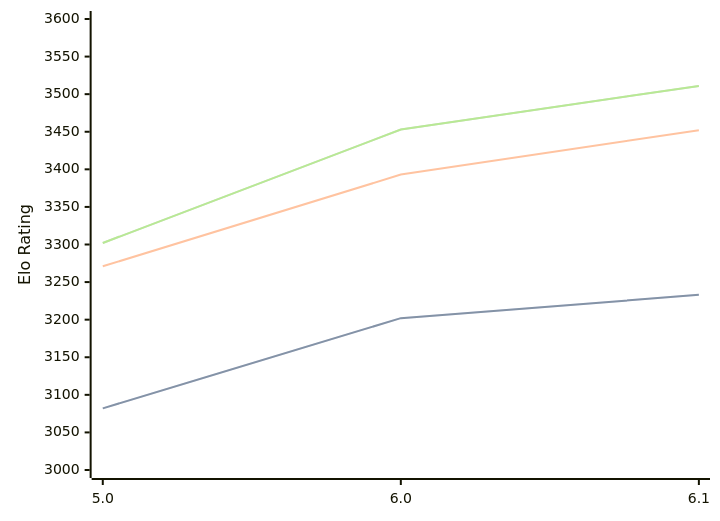
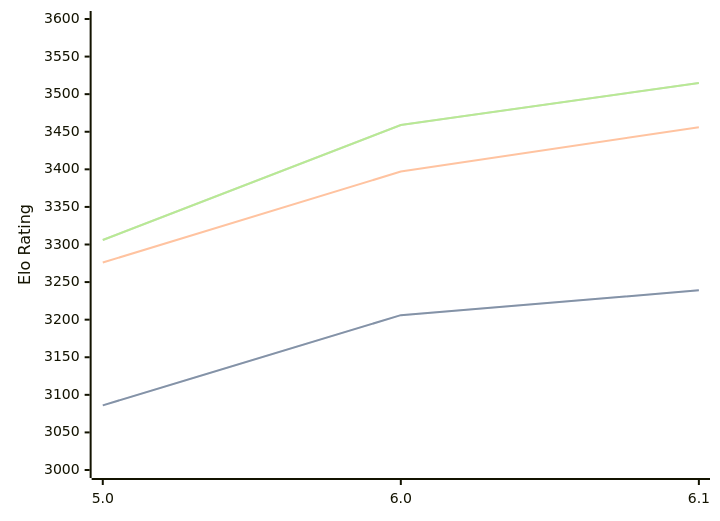
Before and after one commit to computer-chess-index/cci: the diagram in engines/PZChessBot.md, drawn with Mermaid. The commit also changed other lines of this file, not shown here.

Commit message:
Update CCI Ratings (ELO VLTC) - 2026-04-18

````diff
--- a/engines/PZChessBot.md
+++ b/engines/PZChessBot.md
@@ -42,11 +42,11 @@
 ```mermaid
 %%{init: {"theme":"base","themeVariables":{"seriesColors:['#a3a3a3','#222221','#faa371']}}}%%
 xychart-beta
   x-axis ["5.0", "6.0", "6.1"]
   y-axis "Elo Rating" 3000 --> 3600
-  line "STC (8.0+0.08s)" [3082, 3202, 3233]
-  line "STC (8.0+0.08s)" [3082, 3202, 3233]
-  line "LTC (60.0+0.60s)" [3271, 3393, 3452]
-  line "VLTC (2m24s+1.12s)" [3302, 3453, 3511]
-  line "VLTC (2m24s+1.12s)" [3302, 3453, 3511]
+  line "STC (8.0+0.08s)" [3086, 3206, 3239]
+  line "STC (8.0+0.08s)" [3086, 3206, 3239]
+  line "LTC (60.0+0.60s)" [3276, 3397, 3456]
+  line "VLTC (2m24s+1.12s)" [3306, 3459, 3515]
+  line "VLTC (2m24s+1.12s)" [3306, 3459, 3515]
 ```
````
